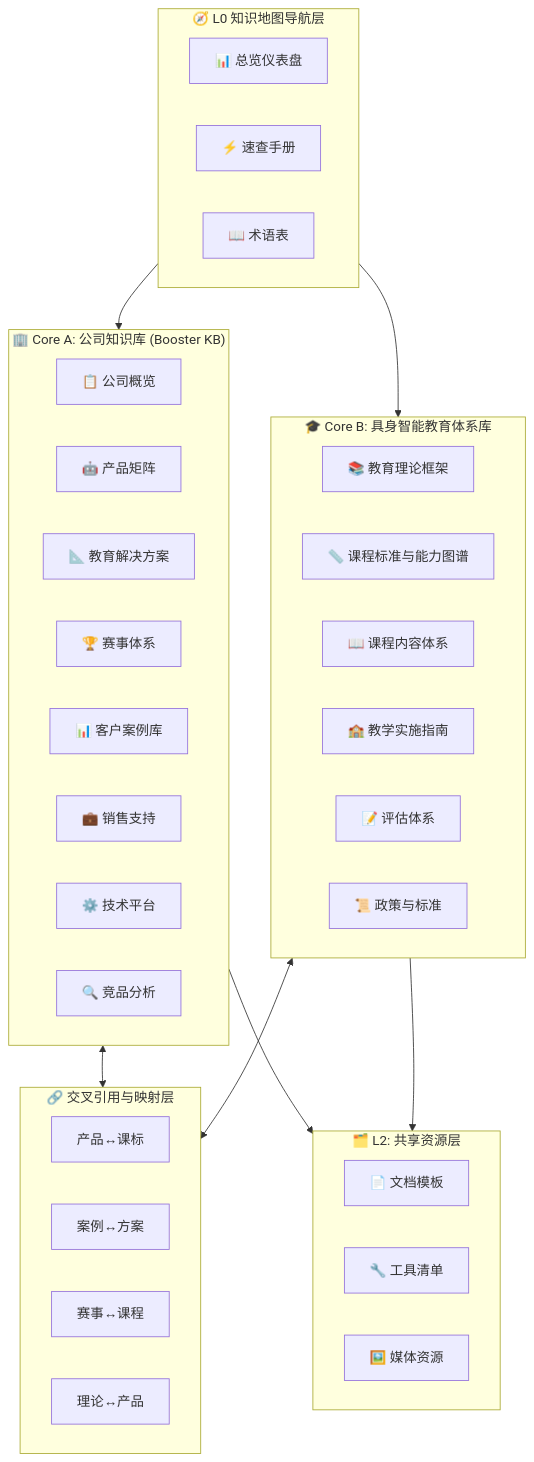
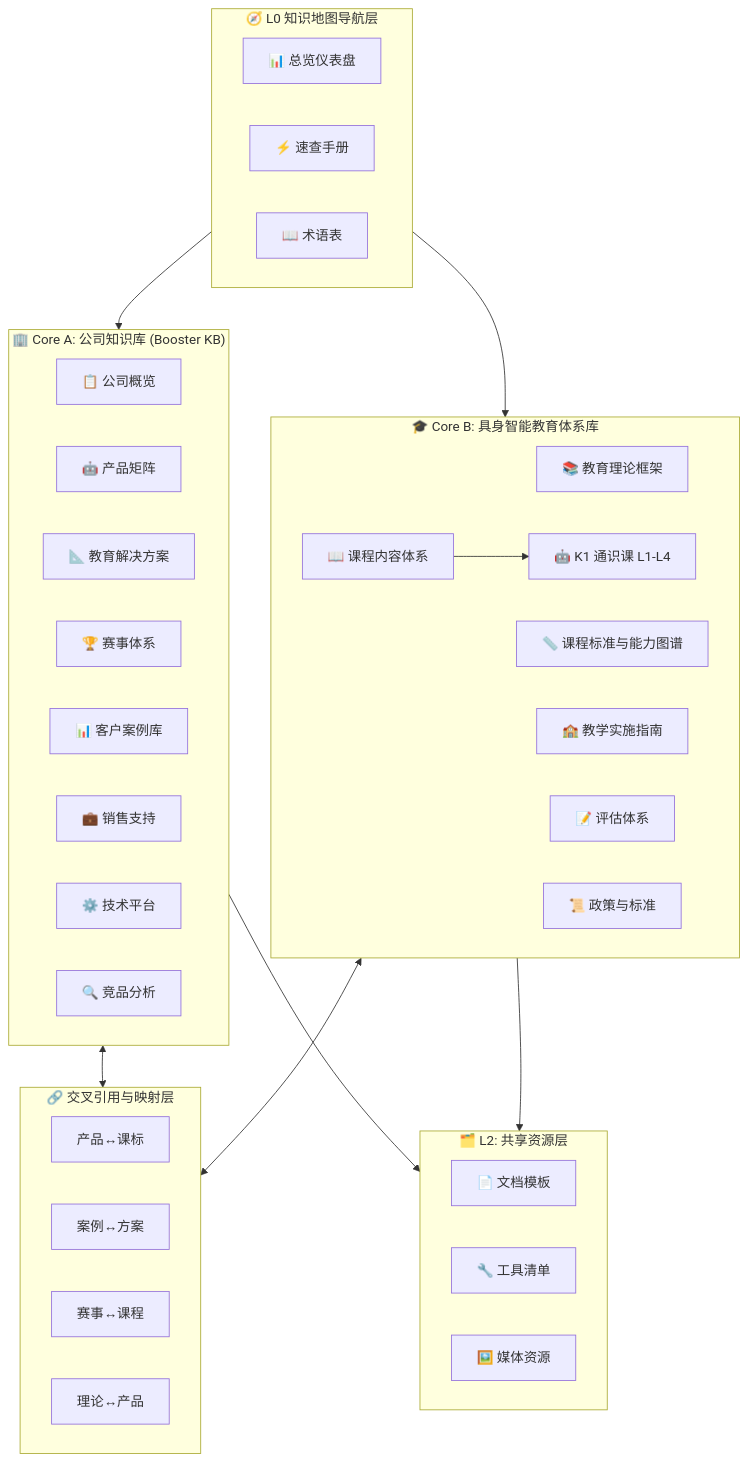
The first of 2 diagrams in KNOWLEDGE-MAP.md (liuxiaoyu-bjtu/BR_Knowledge), drawn with Mermaid before and after one commit. The commit also changed other lines of this file and 69 other files, not shown here.

````diff
--- a/KNOWLEDGE-MAP.md
+++ b/KNOWLEDGE-MAP.md
@@ -13,48 +13,50 @@
 ```mermaid
 graph TB
     subgraph L0["🧭 L0 知识地图导航层"]
         DASHBOARD["📊 总览仪表盘"]
         QUICK["⚡ 速查手册"]
         GLOSSARY["📖 术语表"]
     end
 
     subgraph CoreA["🏢 Core A: 公司知识库 (Booster KB)"]
         A1["📋 公司概览"]
         A2["🤖 产品矩阵"]
         A3["📐 教育解决方案"]
         A4["🏆 赛事体系"]
         A5["📊 客户案例库"]
         A6["💼 销售支持"]
         A7["⚙️ 技术平台"]
         A8["🔍 竞品分析"]
     end
 
     subgraph Cross["🔗 交叉引用与映射层"]
         C1["产品↔课标"]
         C2["案例↔方案"]
         C3["赛事↔课程"]
         C4["理论↔产品"]
     end
 
     subgraph CoreB["🎓 Core B: 具身智能教育体系库"]
         B1["📚 教育理论框架"]
         B2["📏 课程标准与能力图谱"]
         B3["📖 课程内容体系"]
+        B3C["🤖 K1 通识课 L1-L4"]
         B4["🏫 教学实施指南"]
         B5["📝 评估体系"]
         B6["📜 政策与标准"]
+        B3 --> B3C
     end
 
     subgraph L2["🗂️ L2: 共享资源层"]
         TEMPLATES["📄 文档模板"]
         TOOLS["🔧 工具清单"]
         MEDIA["🖼️ 媒体资源"]
     end
 
     L0 --> CoreA
     L0 --> CoreB
     CoreA <--> Cross
     CoreB <--> Cross
     CoreA --> L2
     CoreB --> L2
 ```
````
